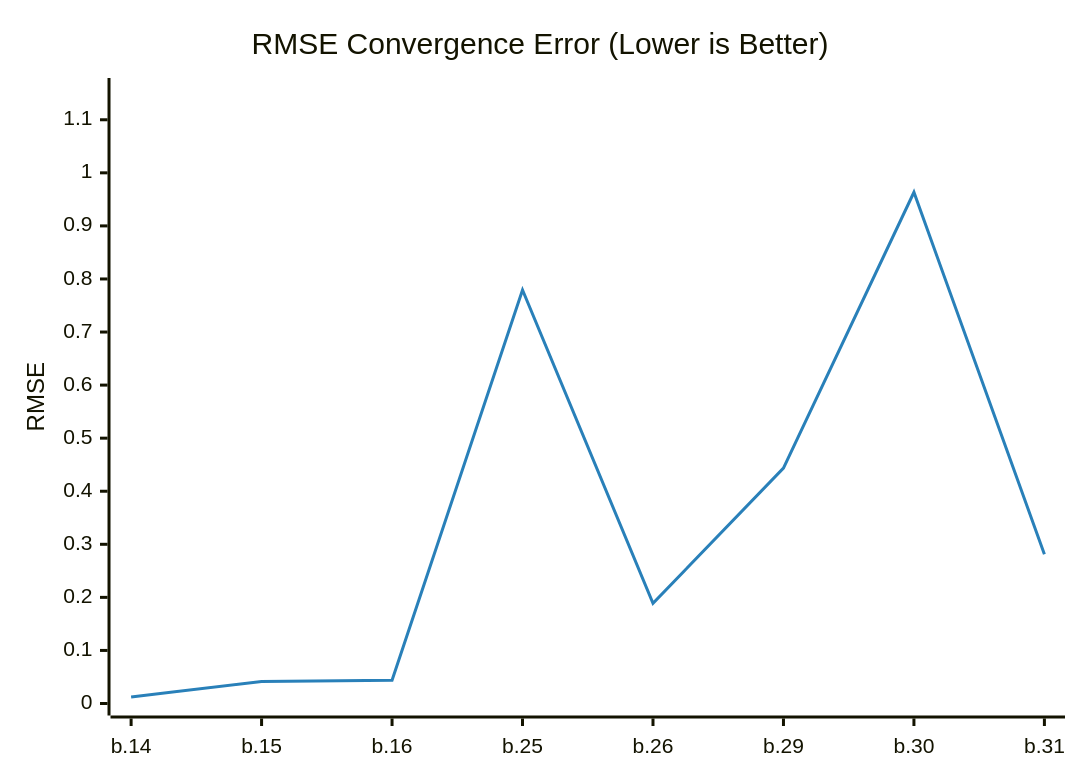
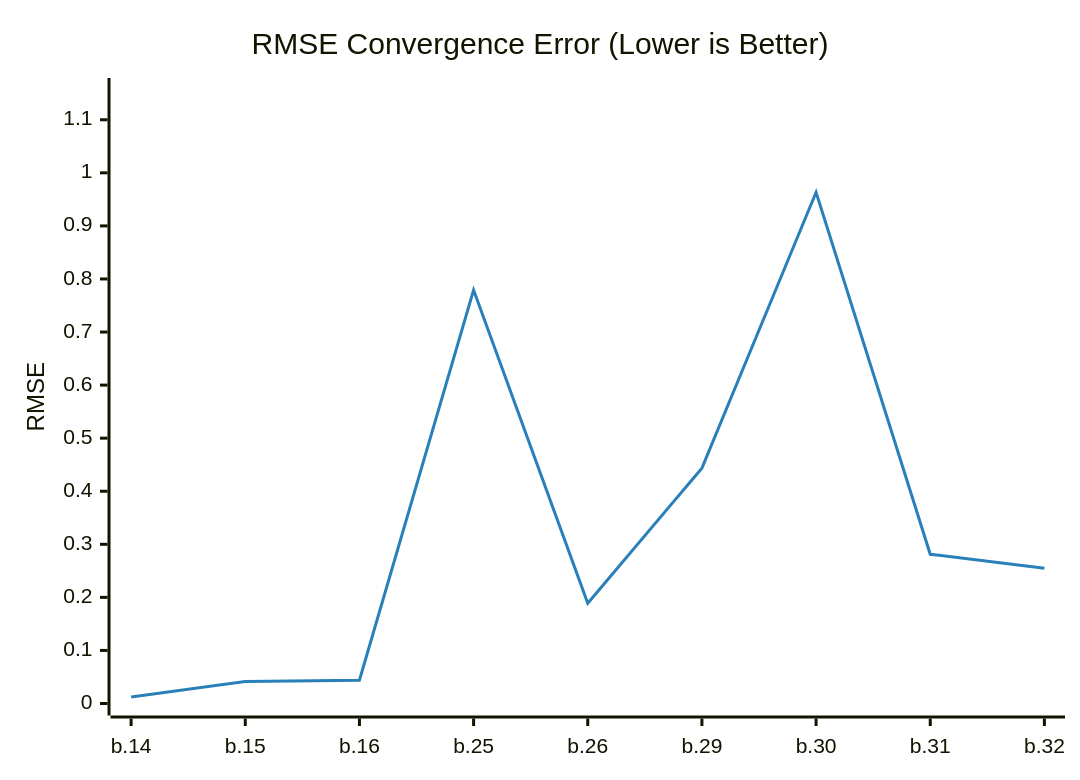
Before and after one commit to timo-eberl/tracy: the diagram in README.md, drawn with Mermaid. The commit also changed other lines of this file and 2 other files, not shown here.

````diff
--- a/README.md
+++ b/README.md
@@ -13,14 +13,14 @@
 ```mermaid
 ---
 config:
     theme: base
     themeVariables:
         xyChart:
             plotColorPalette: "#2980b9"
 ---
 xychart-beta
     title "RMSE Convergence Error (Lower is Better)"
-    x-axis ["b.14", "b.15", "b.16", "b.25", "b.26", "b.29", "b.30", "b.31"]
+    x-axis ["b.14", "b.15", "b.16", "b.25", "b.26", "b.29", "b.30", "b.31", "b.32"]
     y-axis "RMSE" 0 --> 1.1561
-    line [0.012064, 0.041607, 0.043946, 0.7793, 0.1888, 0.4436, 0.9634, 0.2812]
+    line [0.012064, 0.041607, 0.043946, 0.7793, 0.1888, 0.4436, 0.9634, 0.2812, 0.2549]
 ```
````
